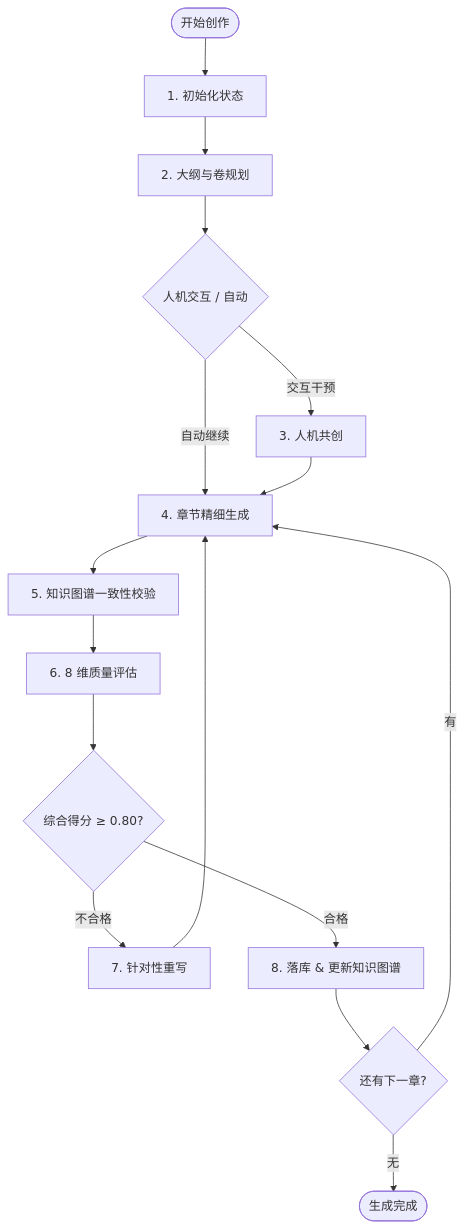
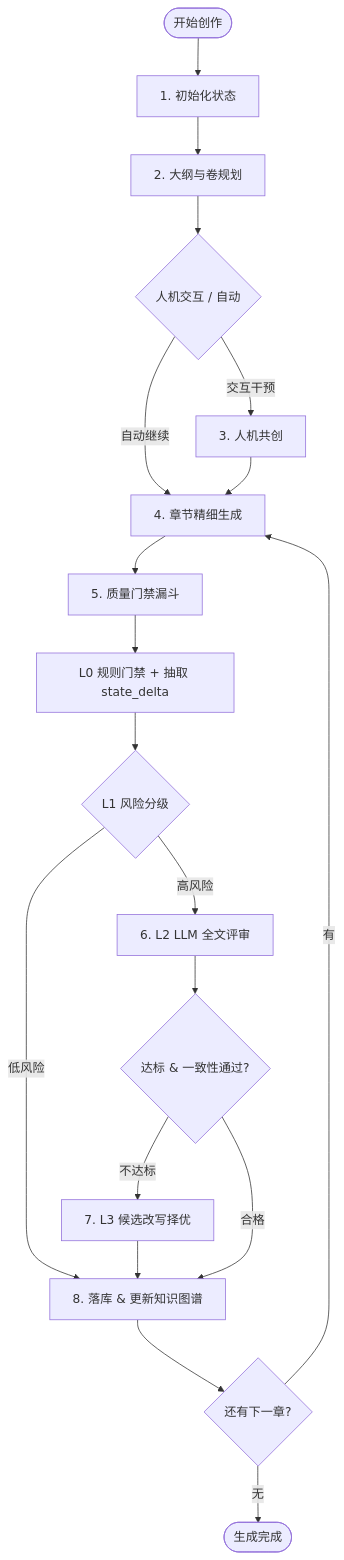
The diagram in README.md (TonightisOver/xIaoShuo), drawn with Mermaid before and after one commit. The commit also changed other lines of this file, not shown here.

First line of the commit message:
docs: 更新 README 反映分级漏斗质量门禁 + state_delta 长期记忆

````diff
--- a/README.md
+++ b/README.md
@@ -36,21 +42,23 @@
 ```mermaid
 graph TD
     Start([开始创作]) --> Init[1. 初始化状态]
     Init --> Outline[2. 大纲与卷规划]
     Outline --> CheckGate{人机交互 / 自动}
     CheckGate -- 交互干预 --> Interactive[3. 人机共创]
     CheckGate -- 自动继续 --> ChapterGen[4. 章节精细生成]
     Interactive --> ChapterGen
 
-    ChapterGen --> KGCheck[5. 知识图谱一致性校验]
-    KGCheck --> QualCheck[6. 8 维质量评估]
-
-    QualCheck --> Routing{综合得分 ≥ 0.80?}
-    Routing -- 不合格 --> Revision[7. 针对性重写]
-    Revision --> ChapterGen
+    ChapterGen --> Gate[5. 质量门禁漏斗]
+    Gate --> L0[L0 规则门禁 + 抽取 state_delta]
+    L0 --> L1{L1 风险分级}
+    L1 -- 高风险 --> L2[6. L2 LLM 全文评审]
+    L1 -- 低风险 --> Output
+    L2 --> Routing{达标 & 一致性通过?}
+    Routing -- 不达标 --> Revision[7. L3 候选改写择优]
+    Revision --> Output
     Routing -- 合格 --> Output[8. 落库 & 更新知识图谱]
 
     Output --> CheckMore{还有下一章?}
     CheckMore -- 有 --> ChapterGen
     CheckMore -- 无 --> Complete([生成完成])
 ```
````
